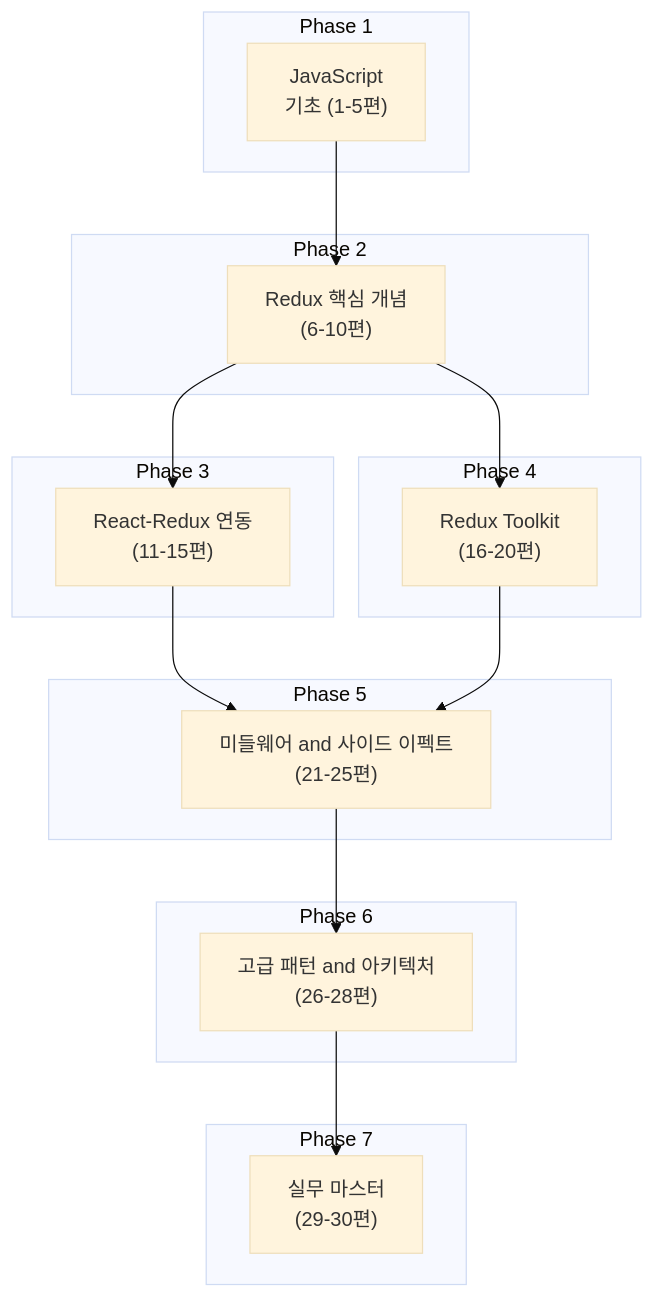
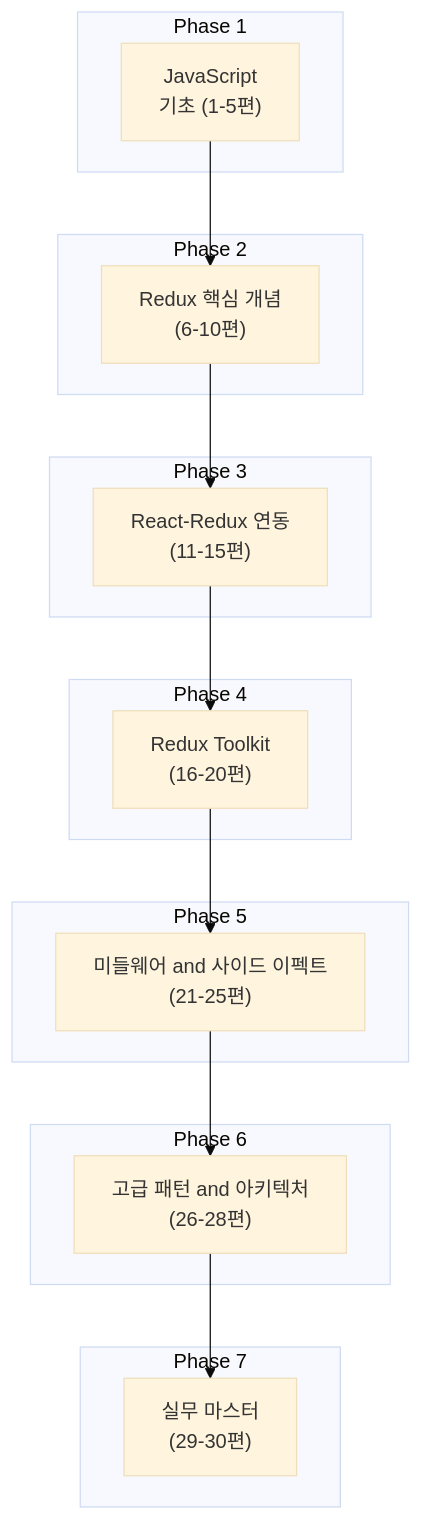
One commit to 42jerrykim/42jerrykim.github.io changed the diagram in content/collection/redux/getting-started-redux/index.md. Above: the diagram before and after it, drawn with Mermaid (base theme). The commit also changed other lines of this file and 19 other files, not shown here.

````diff
--- a/content/collection/redux/getting-started-redux/index.md
+++ b/content/collection/redux/getting-started-redux/index.md
@@ -439,31 +439,30 @@
 ```mermaid
 flowchart TD
   subgraph phase1 [Phase 1]
     JS["JavaScript</br>기초 (1-5편)"]
   end
   subgraph phase2 [Phase 2]
     ReduxCore["Redux 핵심 개념</br>(6-10편)"]
   end
   subgraph phase3 [Phase 3]
     ReactRedux["React-Redux 연동</br>(11-15편)"]
   end
   subgraph phase4 [Phase 4]
     RTK["Redux Toolkit</br>(16-20편)"]
   end
   subgraph phase5 [Phase 5]
     Middleware["미들웨어 and 사이드 이펙트</br>(21-25편)"]
   end
   subgraph phase6 [Phase 6]
     Advanced["고급 패턴 and 아키텍처</br>(26-28편)"]
   end
   subgraph phase7 [Phase 7]
     Master["실무 마스터</br>(29-30편)"]
   end
   JS --> ReduxCore
   ReduxCore --> ReactRedux
-  ReduxCore --> RTK
-  ReactRedux --> Middleware
+  ReactRedux --> RTK
   RTK --> Middleware
   Middleware --> Advanced
   Advanced --> Master
 ```
````
